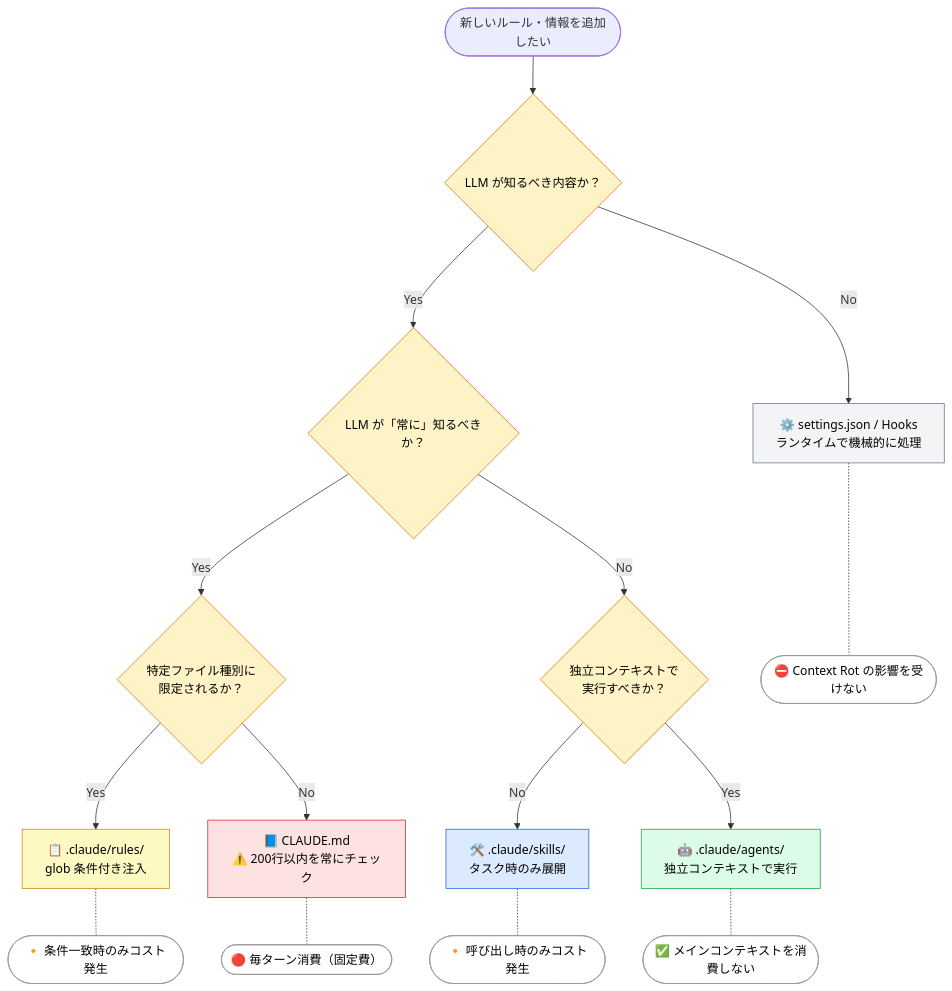
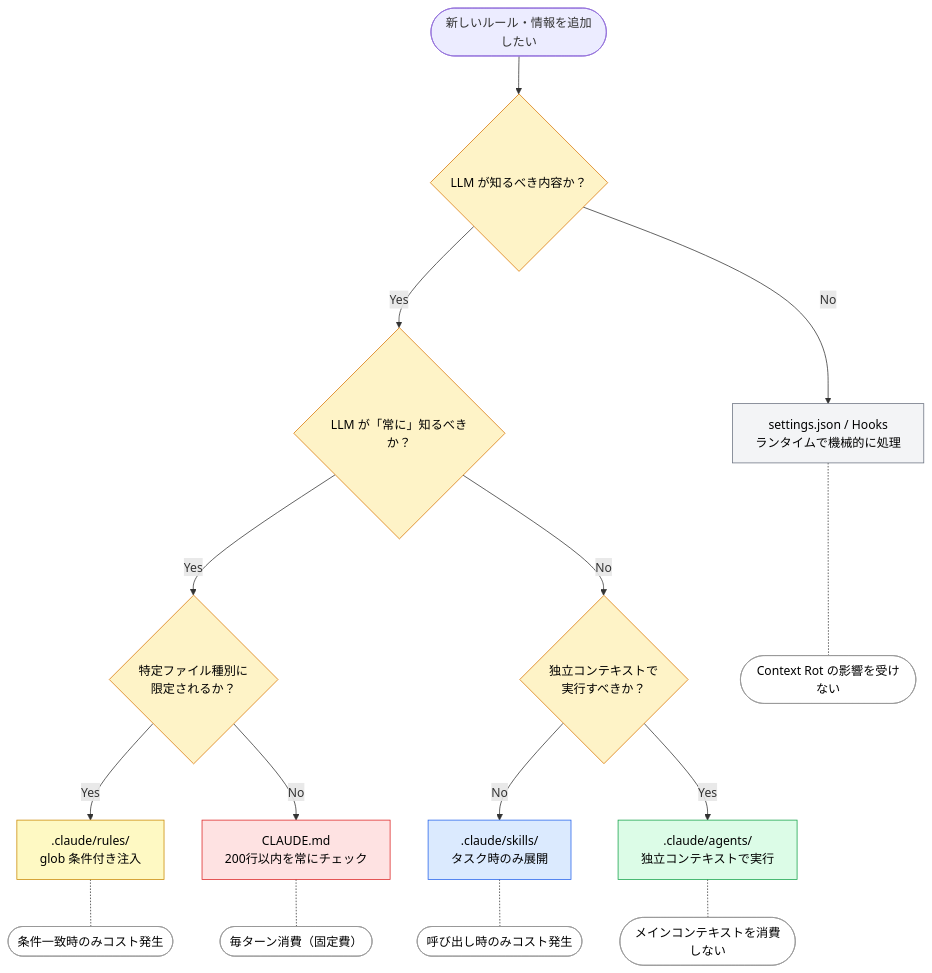
One commit to shuji-bonji/understanding-llm-through-claude-code changed the diagram in docs/ja/02-context-window/injection-timing.md. Above: the diagram before and after it, drawn with Mermaid. The commit also changed 21 other files, not shown here.

````diff
--- a/docs/ja/02-context-window/injection-timing.md
+++ b/docs/ja/02-context-window/injection-timing.md
@@ -68,52 +68,52 @@
 ```mermaid
 flowchart TD
     START(["新しいルール・情報を追加したい"])
     Q1{"LLM が知るべき内容か？"}
     Q2{"LLM が「常に」知るべきか？"}
     Q3{"特定ファイル種別に<br/>限定されるか？"}
     Q4{"独立コンテキストで<br/>実行すべきか？"}
 
-    R1["⚙️ settings.json / Hooks<br/>ランタイムで機械的に処理"]
-    R2["📋 .claude/rules/<br/>glob 条件付き注入"]
-    R3["📘 CLAUDE.md<br/>⚠️ 200行以内を常にチェック"]
-    R4["🛠️ .claude/skills/<br/>タスク時のみ展開"]
-    R5["🤖 .claude/agents/<br/>独立コンテキストで実行"]
+    R1["settings.json / Hooks<br/>ランタイムで機械的に処理"]
+    R2[".claude/rules/<br/>glob 条件付き注入"]
+    R3["CLAUDE.md<br/>200行以内を常にチェック"]
+    R4[".claude/skills/<br/>タスク時のみ展開"]
+    R5[".claude/agents/<br/>独立コンテキストで実行"]
 
-    W1(["⛔ Context Rot の影響を受けない"])
-    W2(["🔸 条件一致時のみコスト発生"])
-    W3(["🔴 毎ターン消費（固定費）"])
-    W4(["🔸 呼び出し時のみコスト発生"])
-    W5(["✅ メインコンテキストを消費しない"])
+    W1(["Context Rot の影響を受けない"])
+    W2(["条件一致時のみコスト発生"])
+    W3(["毎ターン消費（固定費）"])
+    W4(["呼び出し時のみコスト発生"])
+    W5(["メインコンテキストを消費しない"])
 
     START --> Q1
     Q1 -->|No| R1
     Q1 -->|Yes| Q2
     Q2 -->|Yes| Q3
     Q2 -->|No| Q4
     Q3 -->|Yes| R2
     Q3 -->|No| R3
     Q4 -->|No| R4
     Q4 -->|Yes| R5
 
     R1 -.- W1
     R2 -.- W2
     R3 -.- W3
     R4 -.- W4
     R5 -.- W5
 
     classDef decision fill:#fef3c7,stroke:#d97706,color:#000
     classDef runtime fill:#f3f4f6,stroke:#6b7280,color:#000
     classDef conditional fill:#fef9c3,stroke:#ca8a04,color:#000
     classDef always fill:#fee2e2,stroke:#dc2626,color:#000
     classDef ondemand fill:#dbeafe,stroke:#2563eb,color:#000
     classDef independent fill:#dcfce7,stroke:#16a34a,color:#000
     classDef note fill:#fff,stroke:#999,color:#000
 
     class Q1,Q2,Q3,Q4 decision
     class R1 runtime
     class R2 conditional
     class R3 always
     class R4 ondemand
     class R5 independent
     class W1,W2,W3,W4,W5 note
 ```
````
